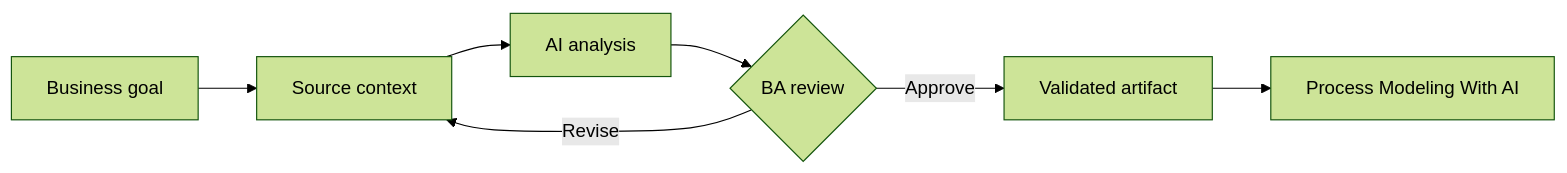
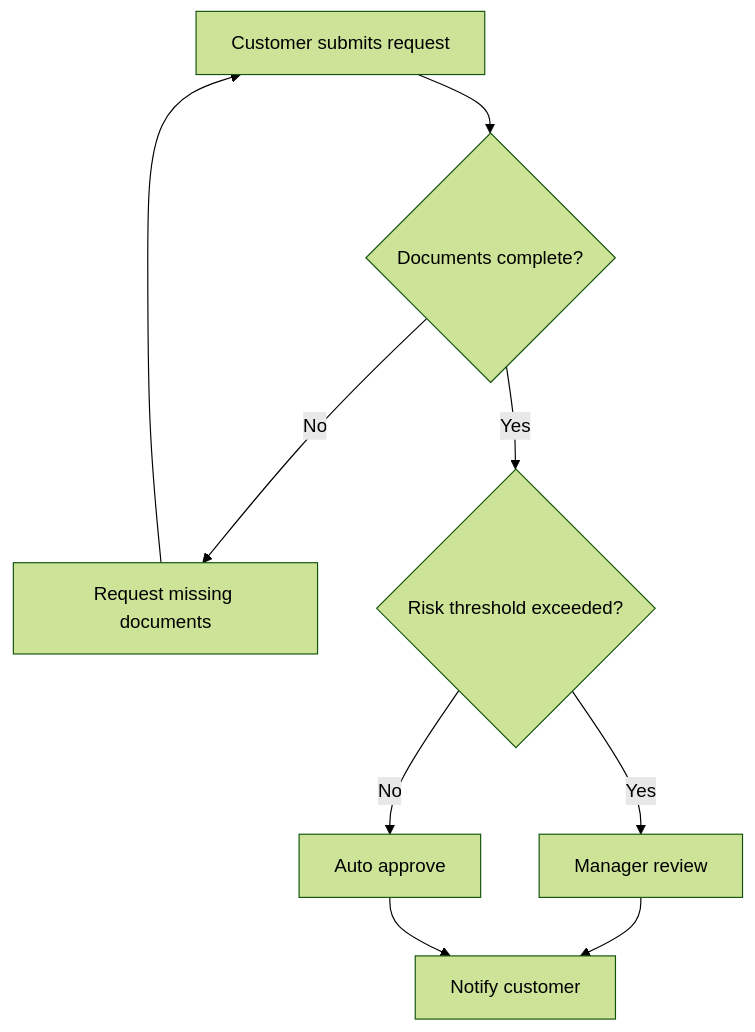
One commit to anhtnt90dev/ai-for-ba changed the diagram in docs/en/lessons/process-modeling-with-ai/index.md. Above: the diagram before and after it, drawn with Mermaid (forest theme). The commit also changed other lines of this file and 64 other files, not shown here.

````diff
--- a/docs/en/lessons/process-modeling-with-ai/index.md
+++ b/docs/en/lessons/process-modeling-with-ai/index.md
@@ -39,9 +38,11 @@
 ```mermaid
-flowchart LR
-    A["Business goal"] --> B["Source context"]
-    B --> C["AI analysis"]
-    C --> D{"BA review"}
-    D -->|"Revise"| B
-    D -->|"Approve"| E["Validated artifact"]
-    E --> F["Process Modeling With AI"]
+flowchart TD
+    A["Customer submits request"] --> B{"Documents complete?"}
+    B -->|No| C["Request missing documents"]
+    C --> A
+    B -->|Yes| D{"Risk threshold exceeded?"}
+    D -->|Yes| E["Manager review"]
+    D -->|No| F["Auto approve"]
+    E --> G["Notify customer"]
+    F --> G
 ```
````
